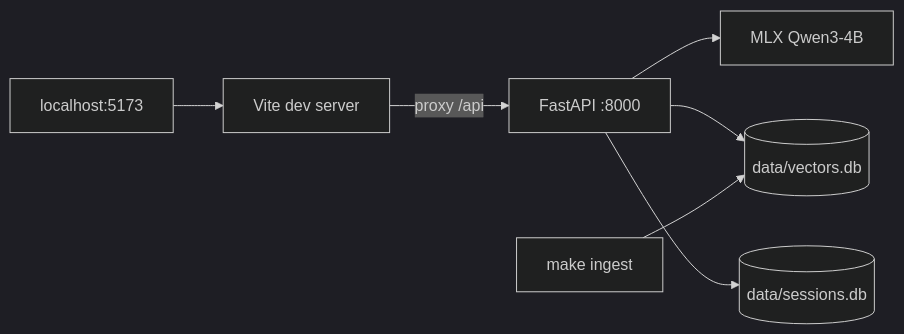
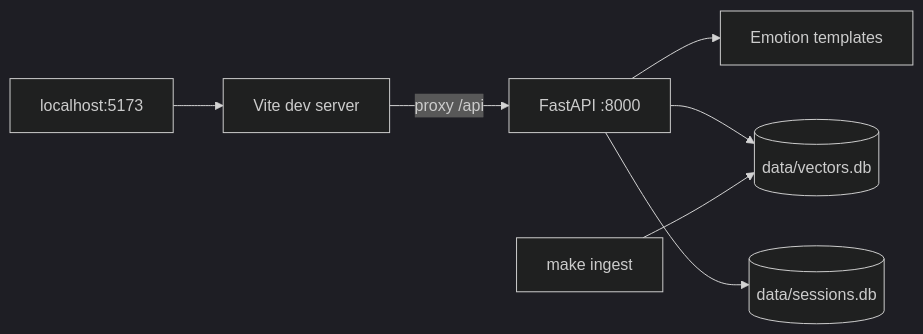
The first of 5 diagrams in plan.md (raymondworkshop/dev.research), drawn with Mermaid (dark theme) before and after one commit. The commit also changed other lines of this file and 47 other files, not shown here.

````diff
--- a/plan.md
+++ b/plan.md
@@ -68,9 +68,9 @@
 ```mermaid
 flowchart LR
     Browser[localhost:5173] --> Vite[Vite dev server]
     Vite -->|proxy /api| API[FastAPI :8000]
-    API --> MLX[MLX Qwen3-4B]
+    API --> Templates[Emotion templates]
     API --> VDB[(data/vectors.db)]
     API --> SDB[(data/sessions.db)]
     Ingest[make ingest] --> VDB
 ```
````
